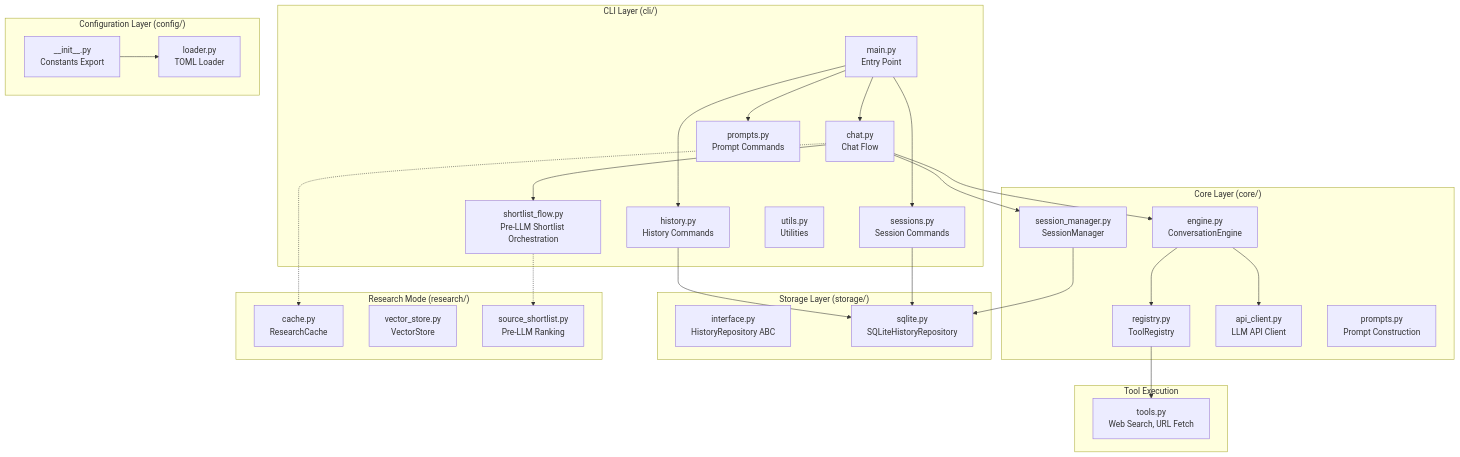
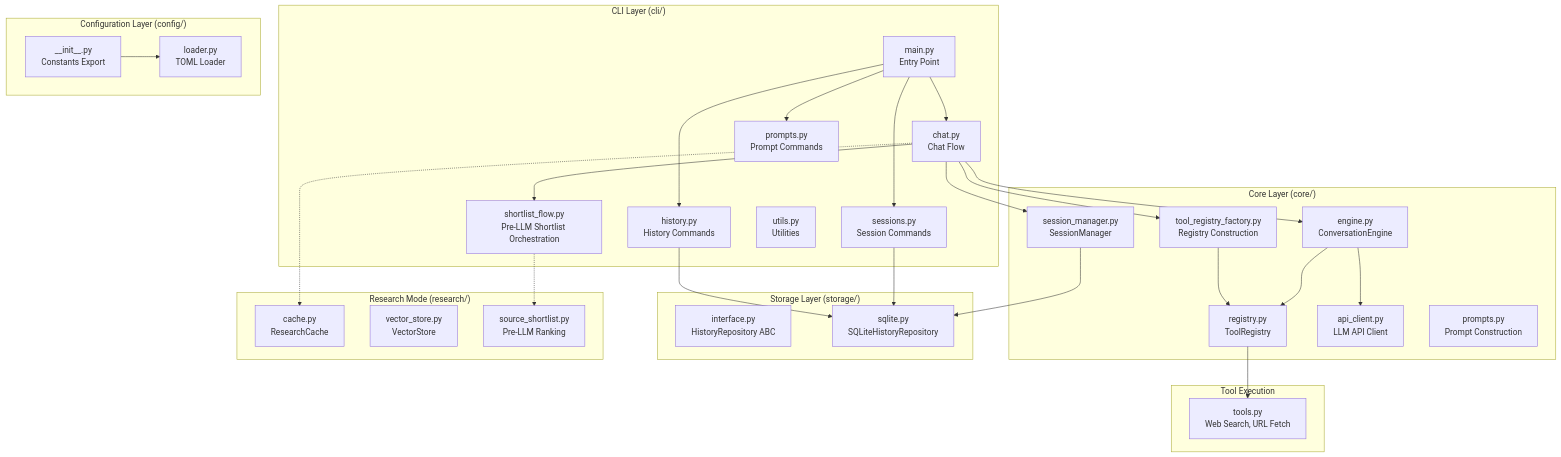
Before and after one commit to evrenesat/asky: the diagram in ARCHITECTURE.md, drawn with Mermaid. The commit also changed other lines of this file and 4 other files, not shown here.

````diff
--- a/ARCHITECTURE.md
+++ b/ARCHITECTURE.md
@@ -9,57 +9,60 @@
 ```mermaid
 graph TB
     subgraph CLI["CLI Layer (cli/)"]
         main["main.py<br/>Entry Point"]
         chat["chat.py<br/>Chat Flow"]
         shortlist_flow["shortlist_flow.py<br/>Pre-LLM Shortlist Orchestration"]
         history["history.py<br/>History Commands"]
         sessions_cli["sessions.py<br/>Session Commands"]
         prompts_cli["prompts.py<br/>Prompt Commands"]
         utils["utils.py<br/>Utilities"]
     end
 
     subgraph Core["Core Layer (core/)"]
         engine["engine.py<br/>ConversationEngine"]
+        tool_factory["tool_registry_factory.py<br/>Registry Construction"]
         registry["registry.py<br/>ToolRegistry"]
         api_client["api_client.py<br/>LLM API Client"]
         session_mgr["session_manager.py<br/>SessionManager"]
         prompts_core["prompts.py<br/>Prompt Construction"]
     end
 
     subgraph Storage["Storage Layer (storage/)"]
         interface["interface.py<br/>HistoryRepository ABC"]
         sqlite["sqlite.py<br/>SQLiteHistoryRepository"]
     end
 
     subgraph Config["Configuration Layer (config/)"]
         config_init["__init__.py<br/>Constants Export"]
         loader["loader.py<br/>TOML Loader"]
     end
 
     subgraph Research["Research Mode (research/)"]
         cache["cache.py<br/>ResearchCache"]
         vector["vector_store.py<br/>VectorStore"]
         shortlist["source_shortlist.py<br/>Pre-LLM Ranking"]
     end
 
     subgraph Tools["Tool Execution"]
         tools["tools.py<br/>Web Search, URL Fetch"]
     end
 
     main --> chat
     chat --> shortlist_flow
     main --> history
     main --> sessions_cli
     main --> prompts_cli
     chat --> engine
+    chat --> tool_factory
+    tool_factory --> registry
     engine --> registry
     engine --> api_client
     chat --> session_mgr
     session_mgr --> sqlite
     history --> sqlite
     sessions_cli --> sqlite
     registry --> tools
     config_init --> loader
     shortlist_flow -.-> shortlist
     chat -.-> cache
 ```
````
